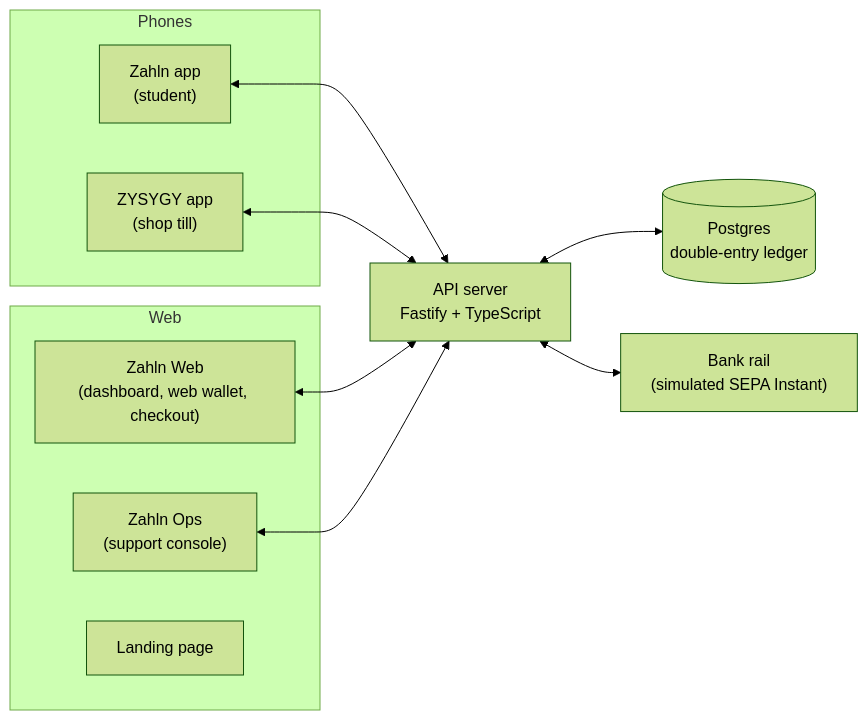
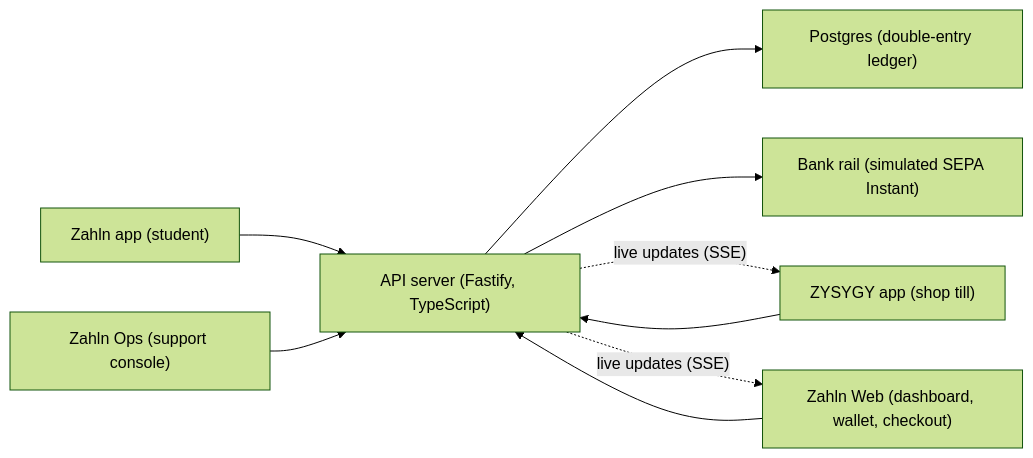
Before and after one commit to JaydeepAgravat/zahln: the first of 2 diagrams in README.md, drawn with Mermaid (forest theme).

Commit message:
docs(readme): simpler architecture diagram that GitHub can render

````diff
--- a/README.md
+++ b/README.md
@@ -128,21 +128,11 @@
 ```mermaid
 flowchart LR
-  subgraph Phones
-    Z["Zahln app<br/>(student)"]
-    Y["ZYSYGY app<br/>(shop till)"]
-  end
-  subgraph Web
-    W["Zahln Web<br/>(dashboard, web wallet, checkout)"]
-    C["Zahln Ops<br/>(support console)"]
-    L["Landing page"]
-  end
-  API["API server<br/>Fastify + TypeScript"]
-  DB[("Postgres<br/>double-entry ledger")]
-  BANK["Bank rail<br/>(simulated SEPA Instant)"]
-  Z <--> API
-  Y <--> API
-  W <--> API
-  C <--> API
-  API <--> DB
-  API <--> BANK
+  Z["Zahln app (student)"] --> API
+  Y["ZYSYGY app (shop till)"] --> API
+  W["Zahln Web (dashboard, wallet, checkout)"] --> API
+  C["Zahln Ops (support console)"] --> API
+  API["API server (Fastify, TypeScript)"] --> DB["Postgres (double-entry ledger)"]
+  API --> BANK["Bank rail (simulated SEPA Instant)"]
+  API -. "live updates (SSE)" .-> Y
+  API -. "live updates (SSE)" .-> W
 ```
````
